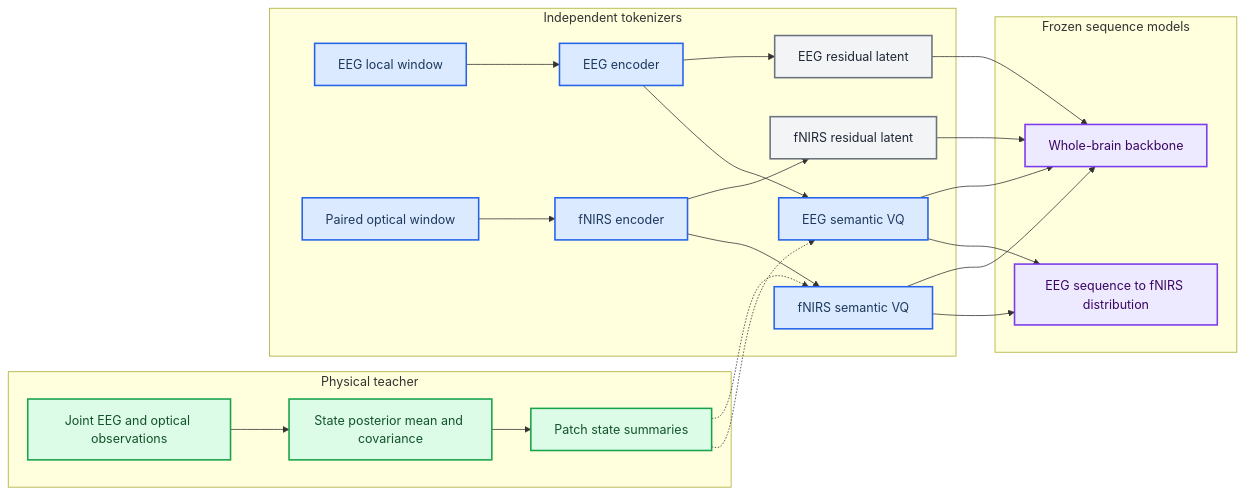
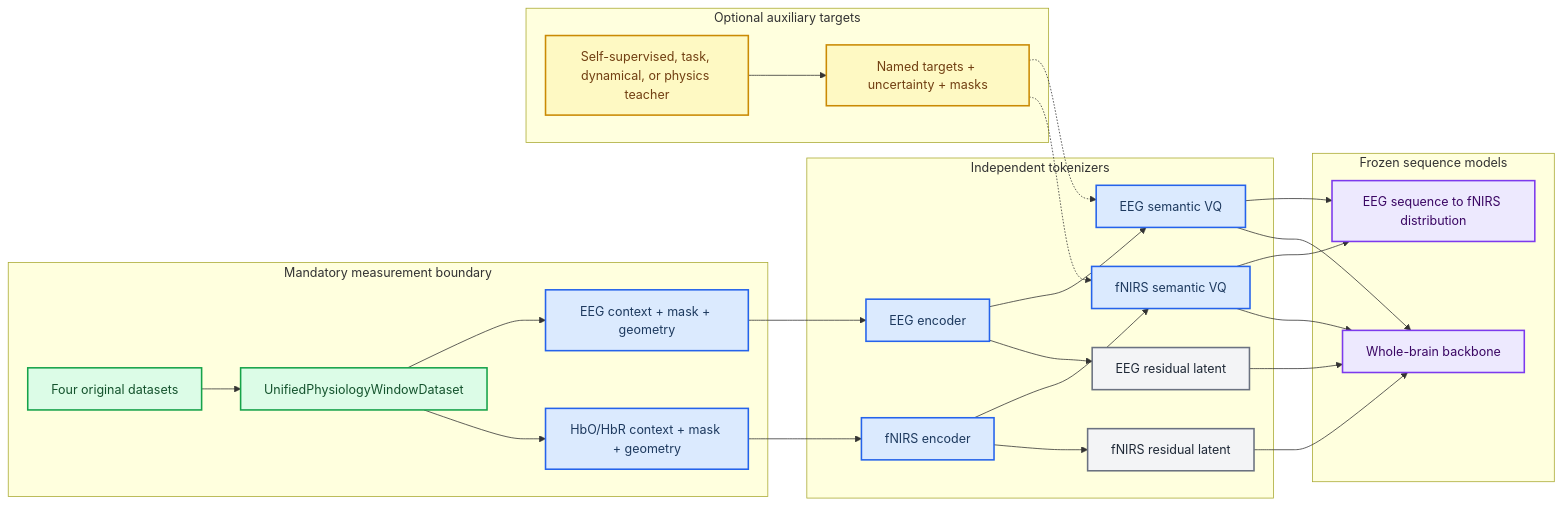
Before and after one commit to Kevin65536/PID-MCM: the diagram in docs/physiology_semantic_tokenizer/02_TARGET_ARCHITECTURE.md, drawn with Mermaid. The commit also changed other lines of this file and 19 other files, not shown here.

Commit message:
Revise physiology input contract and loader defaults

````diff
--- a/docs/physiology_semantic_tokenizer/02_TARGET_ARCHITECTURE.md
+++ b/docs/physiology_semantic_tokenizer/02_TARGET_ARCHITECTURE.md
@@ -35,39 +39,45 @@
 ```mermaid
 flowchart LR
     accTitle: Physiology semantic tokenizer architecture
-    accDescr: The target architecture uses a joint physical teacher during training, independent modality semantic tokenizers, private residual paths, and a frozen-token sequence coupling model.
+    accDescr: The target architecture uses one unified measurement loader, independent modality semantic tokenizers, optional replaceable teachers, private residual paths, and frozen sequence models.
 
-    subgraph teacher_layer ["Physical teacher"]
-        joint_observations["Joint EEG and optical observations"] --> state_posterior["State posterior mean and covariance"]
-        state_posterior --> patch_state["Patch state summaries"]
+    subgraph data_layer ["Mandatory measurement boundary"]
+        raw_records["Four original datasets"] --> unified_loader["UnifiedPhysiologyWindowDataset"]
+        unified_loader --> eeg_signal["EEG context + mask + geometry"]
+        unified_loader --> fnirs_signal["HbO/HbR context + mask + geometry"]
     end
 
     subgraph tokenizer_layer ["Independent tokenizers"]
-        eeg_signal["EEG local window"] --> eeg_encoder["EEG encoder"] --> eeg_semantic["EEG semantic VQ"]
-        fnirs_signal["Paired optical window"] --> fnirs_encoder["fNIRS encoder"] --> fnirs_semantic["fNIRS semantic VQ"]
+        eeg_signal --> eeg_encoder["EEG encoder"] --> eeg_semantic["EEG semantic VQ"]
+        fnirs_signal --> fnirs_encoder["fNIRS encoder"] --> fnirs_semantic["fNIRS semantic VQ"]
         eeg_encoder --> eeg_residual["EEG residual latent"]
         fnirs_encoder --> fnirs_residual["fNIRS residual latent"]
     end
 
-    patch_state -.-> eeg_semantic
-    patch_state -.-> fnirs_semantic
+    subgraph auxiliary_layer ["Optional auxiliary targets"]
+        teacher_bank["Self-supervised, task, dynamical, or physics teacher"] --> auxiliary_targets["Named targets + uncertainty + masks"]
+    end
+    auxiliary_targets -.-> eeg_semantic
+    auxiliary_targets -.-> fnirs_semantic
 
     subgraph sequence_layer ["Frozen sequence models"]
         eeg_semantic --> coupling_head["EEG sequence to fNIRS distribution"]
         fnirs_semantic --> coupling_head
         eeg_semantic --> wholebrain_model["Whole-brain backbone"]
         fnirs_semantic --> wholebrain_model
         eeg_residual --> wholebrain_model
         fnirs_residual --> wholebrain_model
     end
 
-    classDef teacher fill:#dcfce7,stroke:#16a34a,stroke-width:2px,color:#14532d
+    classDef data fill:#dcfce7,stroke:#16a34a,stroke-width:2px,color:#14532d
+    classDef teacher fill:#fef9c3,stroke:#ca8a04,stroke-width:2px,color:#713f12
     classDef tokenizer fill:#dbeafe,stroke:#2563eb,stroke-width:2px,color:#1e3a5f
     classDef residual fill:#f3f4f6,stroke:#6b7280,stroke-width:2px,color:#1f2937
     classDef sequence fill:#ede9fe,stroke:#7c3aed,stroke-width:2px,color:#3b0764
 
-    class joint_observations,state_posterior,patch_state teacher
+    class raw_records,unified_loader data
+    class teacher_bank,auxiliary_targets teacher
     class eeg_signal,eeg_encoder,eeg_semantic,fnirs_signal,fnirs_encoder,fnirs_semantic tokenizer
     class eeg_residual,fnirs_residual residual
     class coupling_head,wholebrain_model sequence
 ```
````
